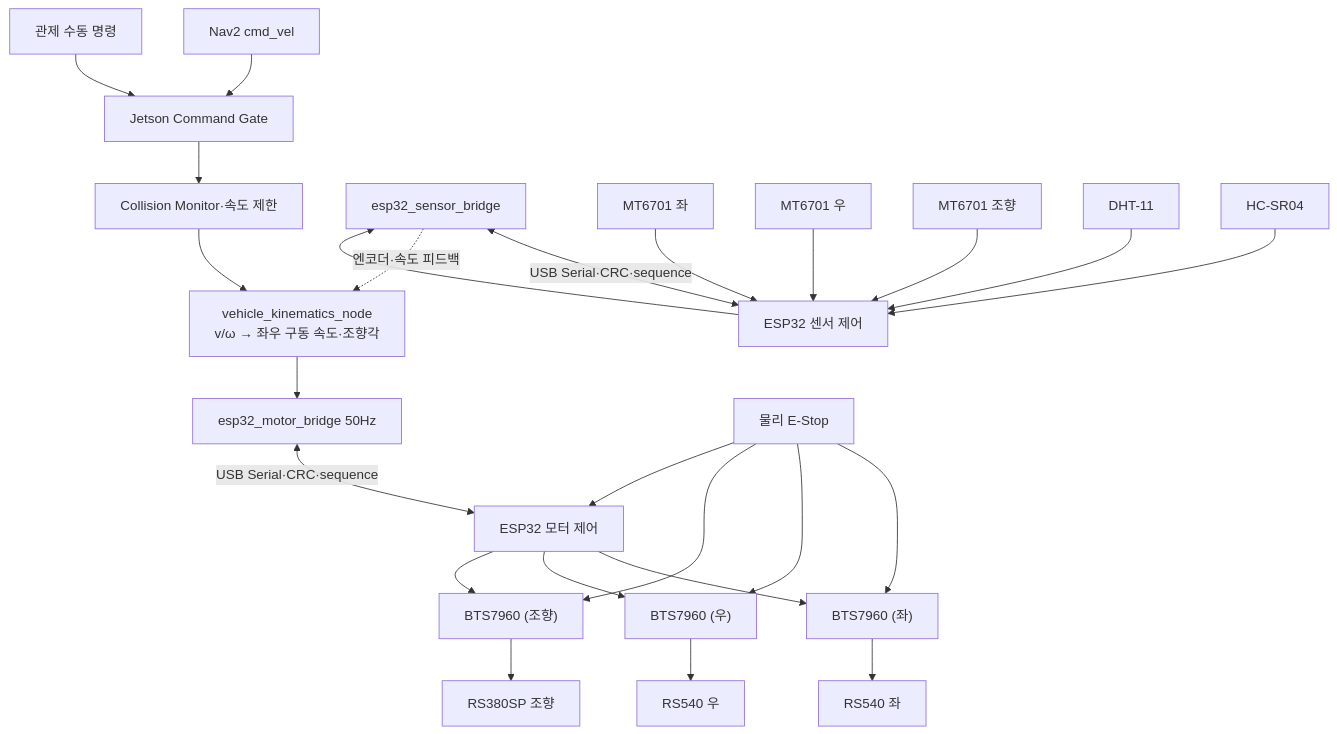
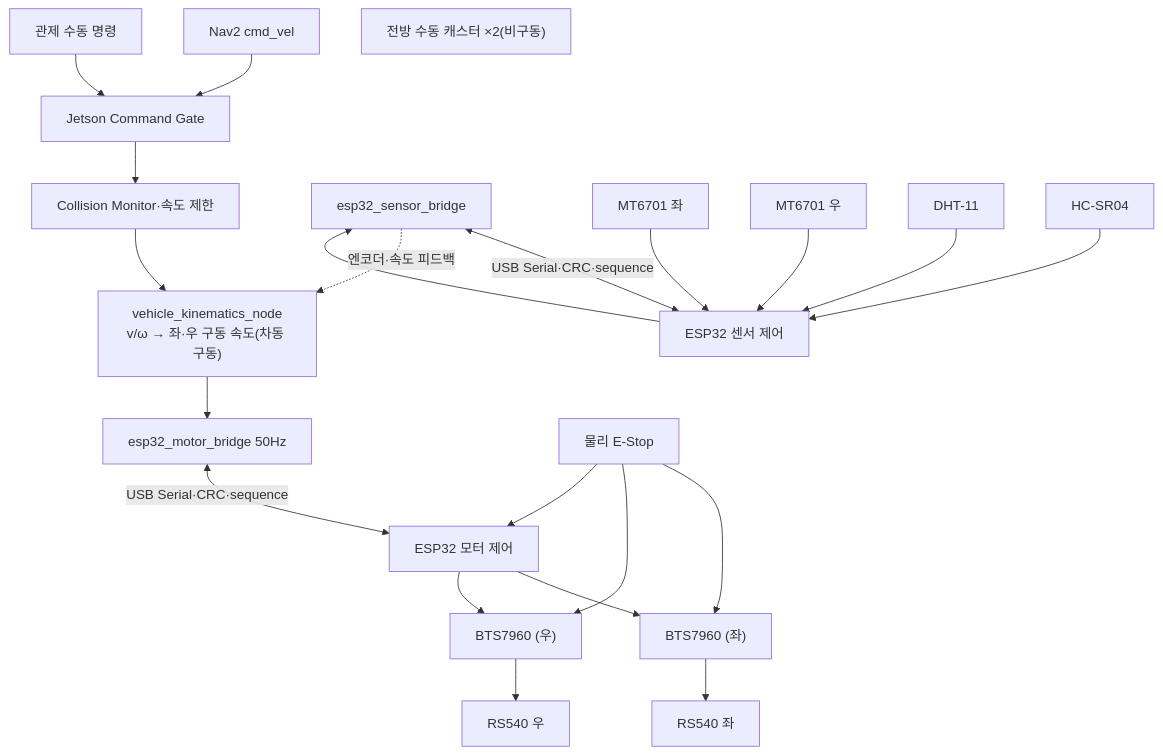
Before and after one commit to Common-AIOT/Sentinel-UGV: the diagram in docs/03-제어-캘리브레이션.md, drawn with Mermaid. The commit also changed other lines of this file and 25 other files, not shown here.

````diff
--- a/docs/03-제어-캘리브레이션.md
+++ b/docs/03-제어-캘리브레이션.md
@@ -9,27 +9,24 @@
 ```mermaid
 flowchart TD
     nav["Nav2 cmd_vel"] --> mux["Jetson Command Gate"]
     manual["관제 수동 명령"] --> mux
     mux --> collision["Collision Monitor·속도 제한"]
-    collision --> kin["vehicle_kinematics_node\nv/ω → 좌우 구동 속도·조향각"]
+    collision --> kin["vehicle_kinematics_node\nv/ω → 좌·우 구동 속도(차동 구동)"]
     kin --> bridgeM["esp32_motor_bridge 50Hz"]
     bridgeM <-->|"USB Serial·CRC·sequence"| espM["ESP32 모터 제어"]
     espM --> driverL["BTS7960 (좌)"]
     espM --> driverR["BTS7960 (우)"]
-    espM --> driverS["BTS7960 (조향)"]
     driverL --> motorL["RS540 좌"]
     driverR --> motorR["RS540 우"]
-    driverS --> motorS["RS380SP 조향"]
+    caster["전방 수동 캐스터 ×2(비구동)"]
     bridgeS["esp32_sensor_bridge"] <-->|"USB Serial·CRC·sequence"| espS["ESP32 센서 제어"]
     encL["MT6701 좌"] --> espS
     encR["MT6701 우"] --> espS
-    encSteer["MT6701 조향"] --> espS
     dht["DHT-11"] --> espS
     sonar["HC-SR04"] --> espS
     espS --> bridgeS
     bridgeS -.엔코더·속도 피드백.-> kin
     estop["물리 E-Stop"] --> driverL
     estop --> driverR
-    estop --> driverS
     estop --> espM
 ```
````
